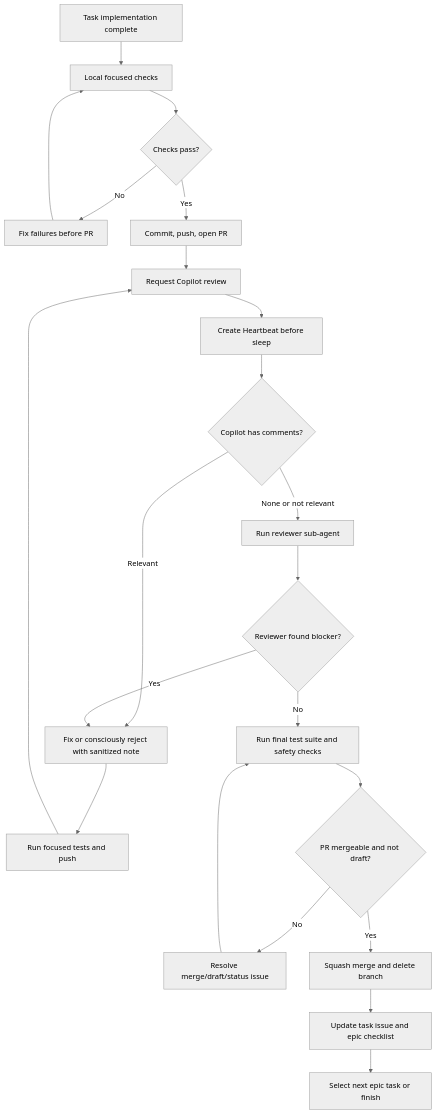
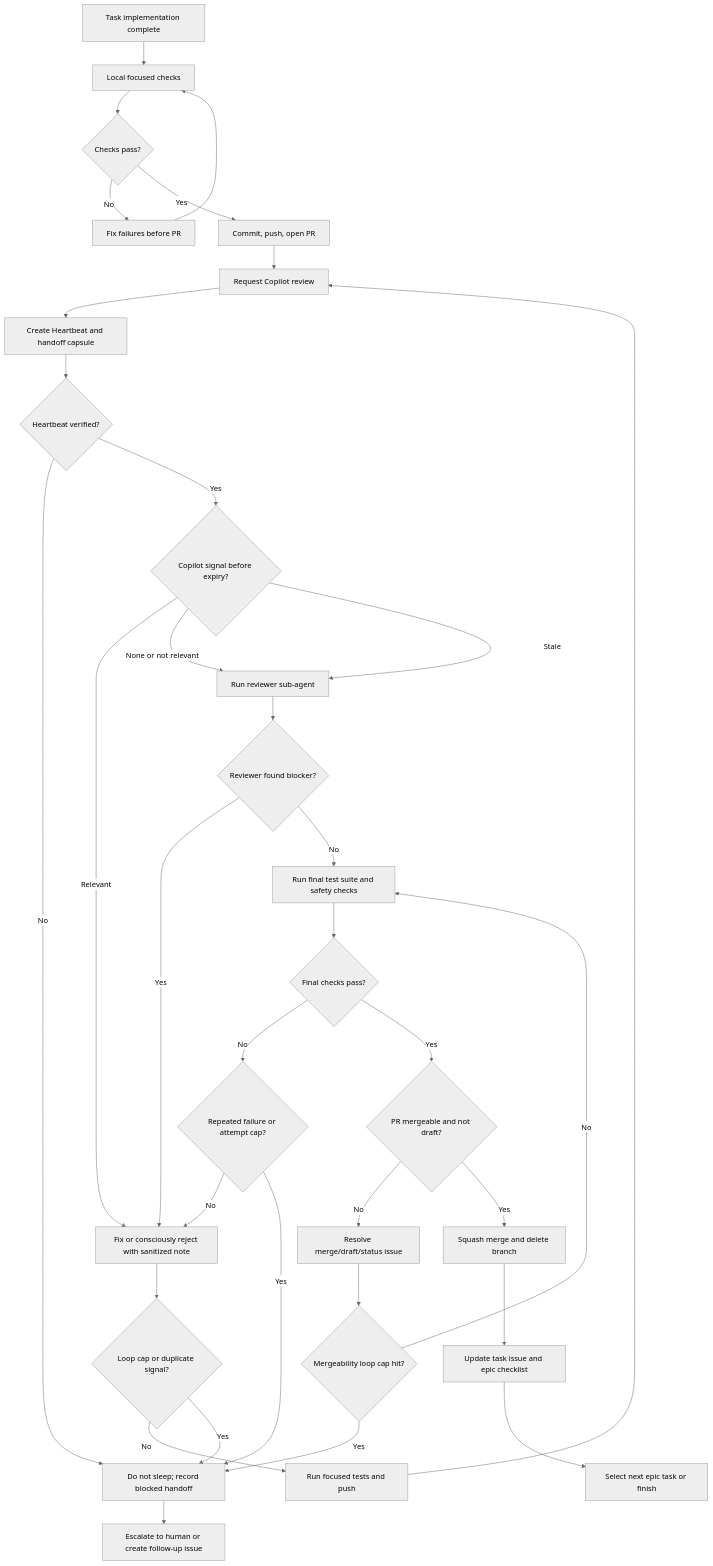
The third of 3 diagrams in AGENTS.dev-pipeline-contract.md (Turkevich91/Aigan), drawn with Mermaid (neutral theme) before and after one commit. The commit also changed other lines of this file, not shown here.

````diff
--- a/AGENTS.dev-pipeline-contract.md
+++ b/AGENTS.dev-pipeline-contract.md
@@ -81,24 +97,36 @@
 ```mermaid
 flowchart TD
     A["Task implementation complete"] --> B["Local focused checks"]
     B --> C{"Checks pass?"}
     C -- "No" --> D["Fix failures before PR"]
     D --> B
     C -- "Yes" --> E["Commit, push, open PR"]
     E --> F["Request Copilot review"]
-    F --> G["Create Heartbeat before sleep"]
-    G --> H{"Copilot has comments?"}
+    F --> G["Create Heartbeat and handoff capsule"]
+    G --> G2{"Heartbeat verified?"}
+    G2 -- "No" --> X["Do not sleep; record blocked handoff"]
+    G2 -- "Yes" --> H{"Copilot signal before expiry?"}
     H -- "Relevant" --> I["Fix or consciously reject with sanitized note"]
-    I --> J["Run focused tests and push"]
-    J --> F
+    I --> J{"Loop cap or duplicate signal?"}
+    J -- "No" --> J2["Run focused tests and push"]
+    J2 --> F
+    J -- "Yes" --> X
     H -- "None or not relevant" --> K["Run reviewer sub-agent"]
+    H -- "Stale" --> K
     K --> L{"Reviewer found blocker?"}
     L -- "Yes" --> I
     L -- "No" --> M["Run final test suite and safety checks"]
-    M --> N{"PR mergeable and not draft?"}
+    M --> M1{"Final checks pass?"}
+    M1 -- "No" --> M2{"Repeated failure or attempt cap?"}
+    M2 -- "No" --> I
+    M2 -- "Yes" --> X
+    M1 -- "Yes" --> N{"PR mergeable and not draft?"}
     N -- "No" --> O["Resolve merge/draft/status issue"]
-    O --> M
+    O --> O2{"Mergeability loop cap hit?"}
+    O2 -- "No" --> M
+    O2 -- "Yes" --> X
     N -- "Yes" --> P["Squash merge and delete branch"]
     P --> Q["Update task issue and epic checklist"]
     Q --> R["Select next epic task or finish"]
+    X --> Y["Escalate to human or create follow-up issue"]
 ```
````
